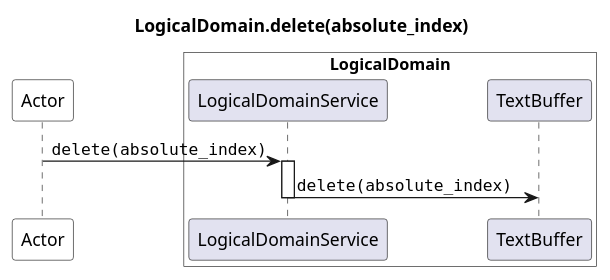
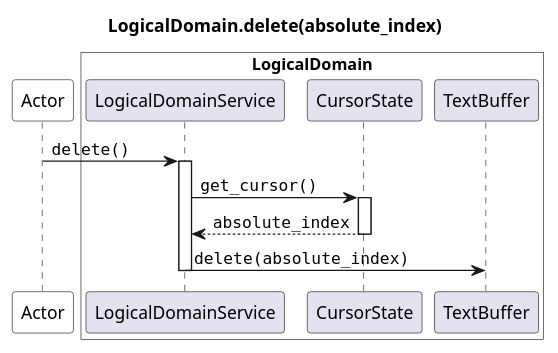
One commit to JoeRittiner/TextEngine changed the diagram in docs/source/specs/architecture/diagrams/sequence/seq_delete_logical.puml. Above: the diagram before and after it, drawn with PlantUML. The commit also changed 1 other file, not shown here.

Commit message:
doc: Update Delete Diagrams

```diff
--- a/docs/source/specs/architecture/diagrams/sequence/seq_delete_logical.puml
+++ b/docs/source/specs/architecture/diagrams/sequence/seq_delete_logical.puml
@@ -1,16 +1,22 @@
 @startuml
 
 title LogicalDomain.delete(absolute_index)
 
 participant Actor as app #white
 box "LogicalDomain" #white
     participant LogicalDomainService as LS
+    participant CursorState as CS
     participant TextBuffer as TB
 end box
 
-app -> LS : ""delete(absolute_index)""
+app -> LS : ""delete()""
 activate LS
+
+    LS -> CS : ""get_cursor()""
+    activate CS
+        return ""absolute_index""
+
     LS -> TB : ""delete(absolute_index)""
-deactivate LS
+    deactivate LS
 
 @enduml
```
